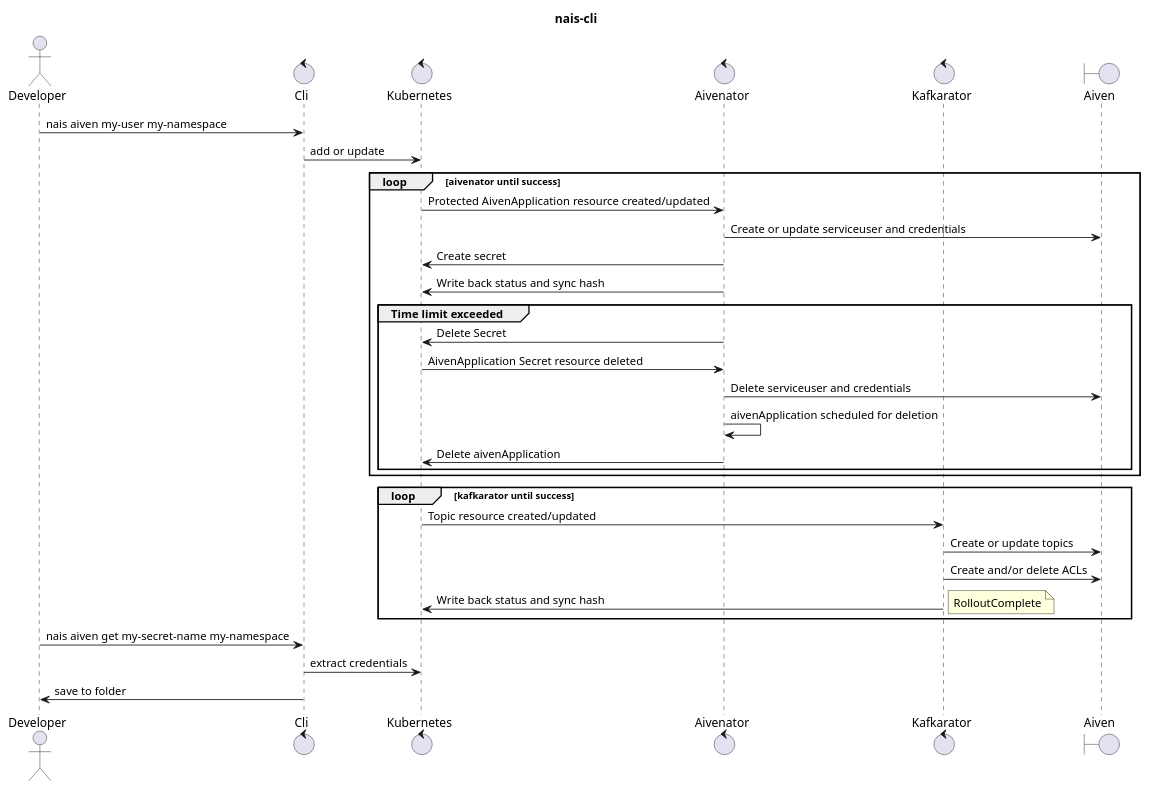
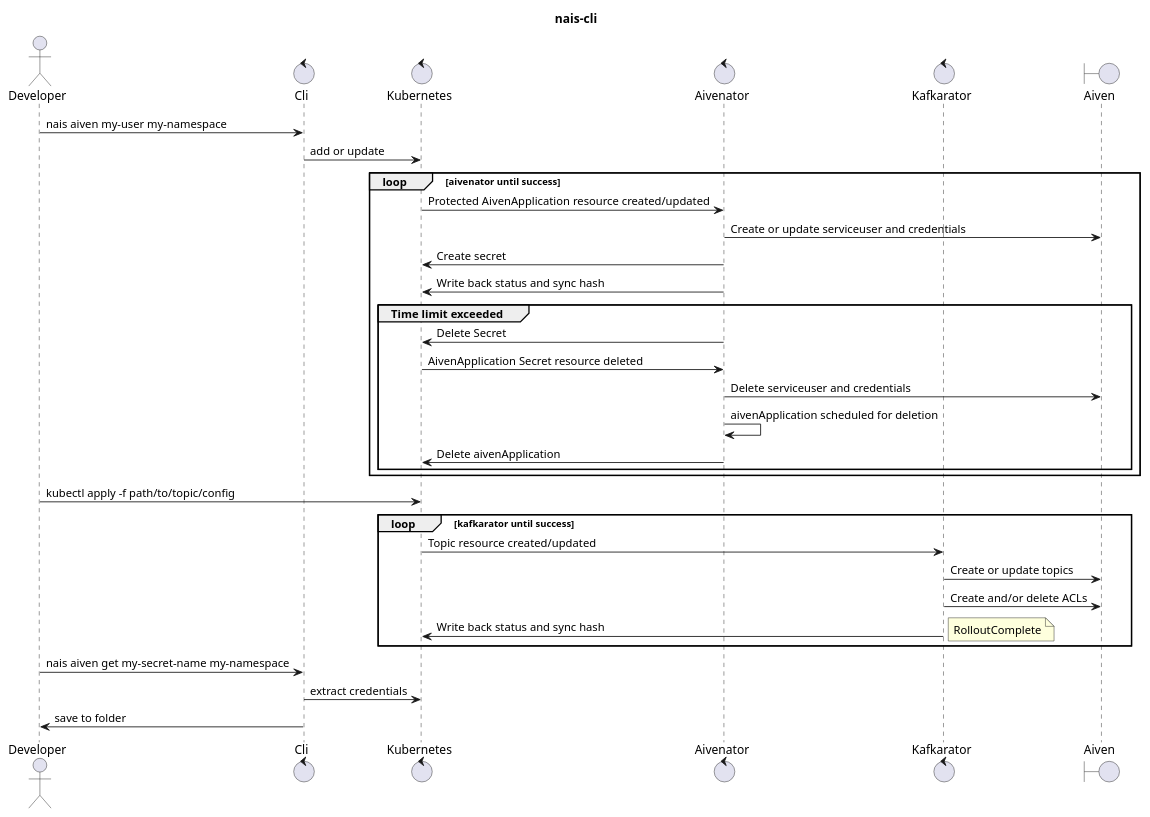
One commit to nais/cli changed the diagram in doc/nais-cli.puml. Above: the diagram before and after it, drawn with PlantUML. The commit also changed 2 other files, not shown here.

```diff
--- a/doc/nais-cli.puml
+++ b/doc/nais-cli.puml
@@ -1,40 +1,41 @@
 @startuml
 title nais-cli
 
 actor developer as "Developer"
 control cli as "Cli"
 control kubernetes as "Kubernetes"
 control aivenator as "Aivenator"
 control kafkarator as "Kafkarator"
 boundary aiven as "Aiven"
 
 developer -> cli : nais aiven my-user my-namespace
 cli -> kubernetes : add or update
 
 loop aivenator until success
 kubernetes -> aivenator : Protected AivenApplication resource created/updated
 aivenator -> aiven : Create or update serviceuser and credentials
 aivenator -> kubernetes : Create secret
 aivenator -> kubernetes : Write back status and sync hash
 group Time limit exceeded
 aivenator -> kubernetes : Delete Secret
 kubernetes -> aivenator : AivenApplication Secret resource deleted
 aivenator -> aiven : Delete serviceuser and credentials
 aivenator -> aivenator : aivenApplication scheduled for deletion
 aivenator -> kubernetes : Delete aivenApplication
     end
 end
 
+developer -> kubernetes : kubectl apply -f path/to/topic/config
 loop kafkarator until success
 kubernetes -> kafkarator : Topic resource created/updated
 kafkarator -> aiven : Create or update topics
 kafkarator -> aiven : Create and/or delete ACLs
 kafkarator -> kubernetes : Write back status and sync hash
 note right: RolloutComplete
 end
 
 developer -> cli : nais aiven get my-secret-name my-namespace
 cli -> kubernetes : extract credentials
 developer <- cli : save to folder
 
 @enduml
```
